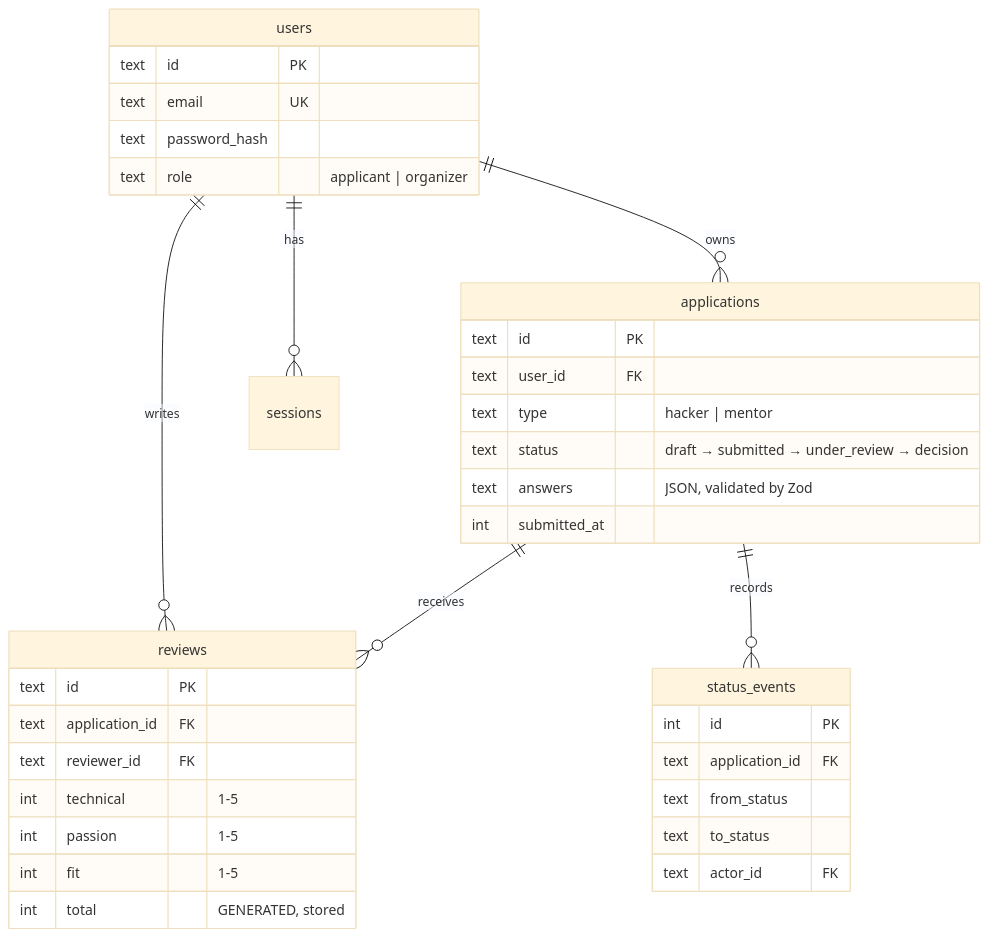
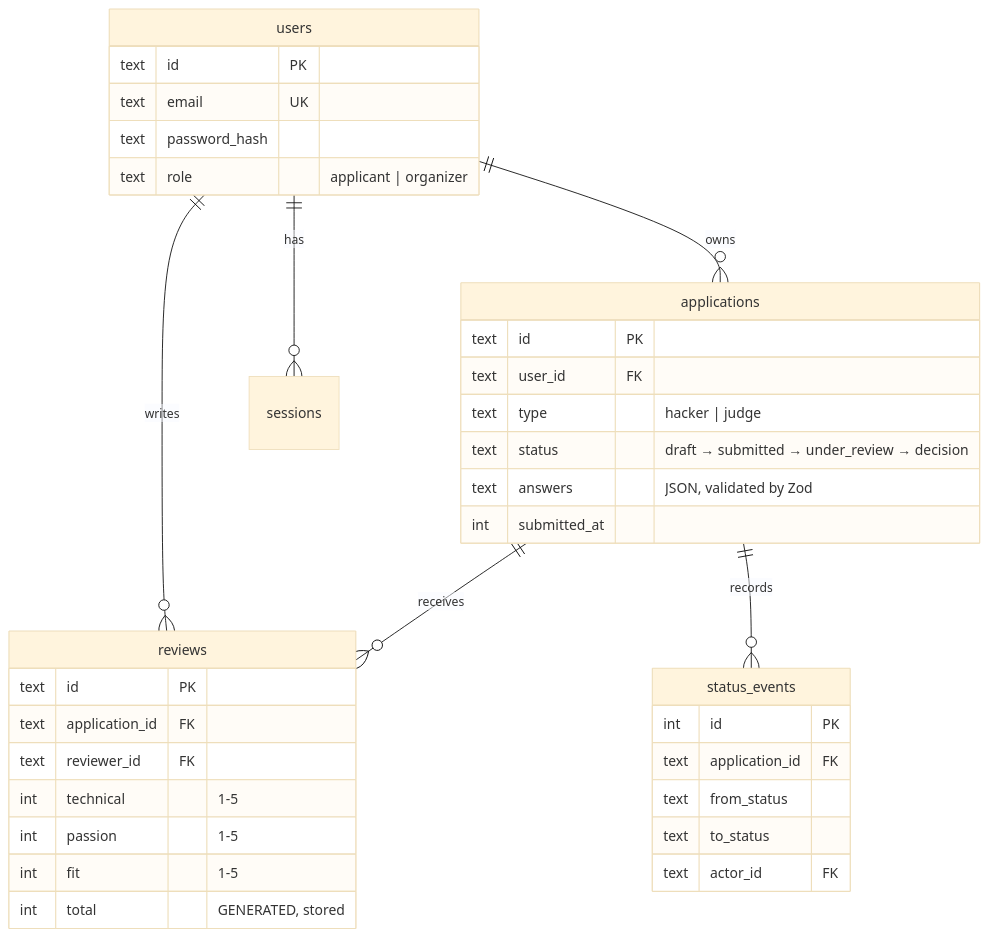
Before and after one commit to KarthikSubramanian07/not-cal-hacks: the second of 3 diagrams in README.md, drawn with Mermaid (base theme). The commit also changed other lines of this file and 26 other files, not shown here.

First line of the commit message:
feat: make hacker, judge and organizer three visible doors

````diff
--- a/README.md
+++ b/README.md
@@ -125,39 +127,39 @@
 ```mermaid
 erDiagram
   users ||--o{ applications : "owns"
   users ||--o{ sessions : "has"
   users ||--o{ reviews : "writes"
   applications ||--o{ reviews : "receives"
   applications ||--o{ status_events : "records"
 
   users {
     text id PK
     text email UK
     text password_hash
     text role "applicant | organizer"
   }
   applications {
     text id PK
     text user_id FK
-    text type "hacker | mentor"
+    text type "hacker | judge"
     text status "draft → submitted → under_review → decision"
     text answers "JSON, validated by Zod"
     int  submitted_at
   }
   reviews {
     text id PK
     text application_id FK
     text reviewer_id FK
     int  technical "1-5"
     int  passion "1-5"
     int  fit "1-5"
     int  total "GENERATED, stored"
   }
   status_events {
     int  id PK
     text application_id FK
     text from_status
     text to_status
     text actor_id FK
   }
 ```
````
